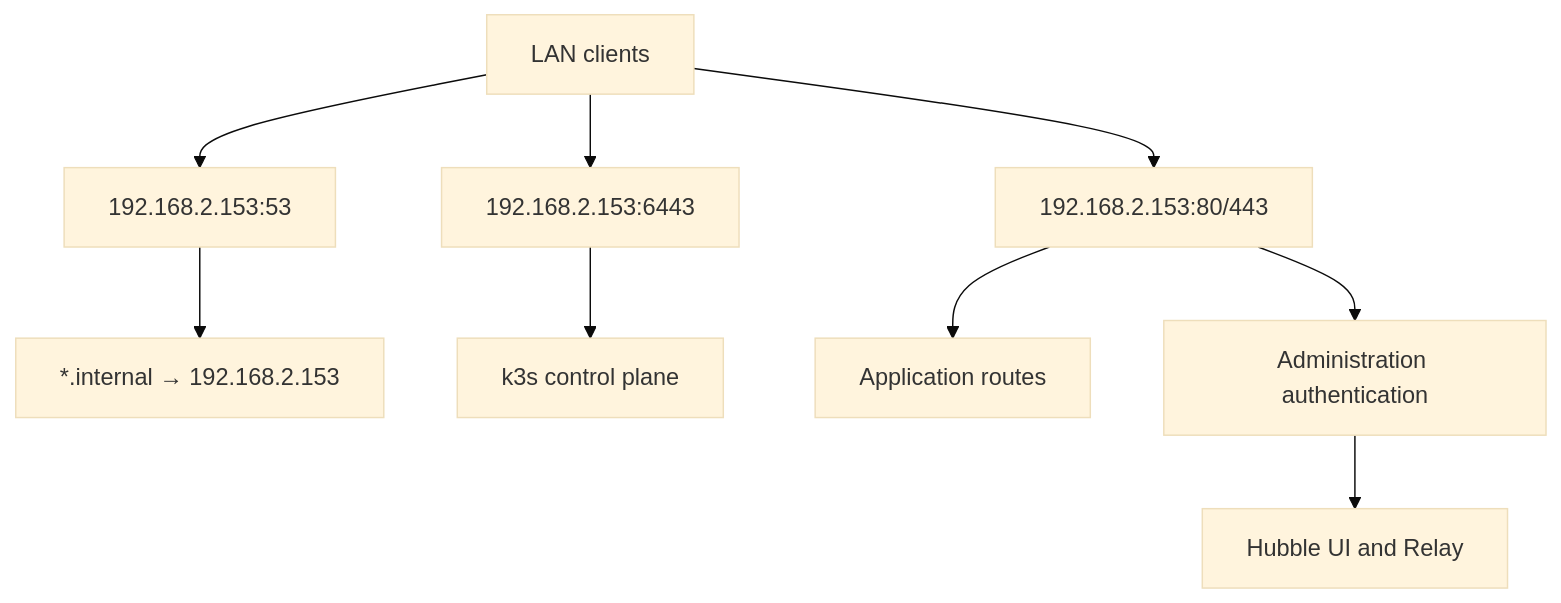
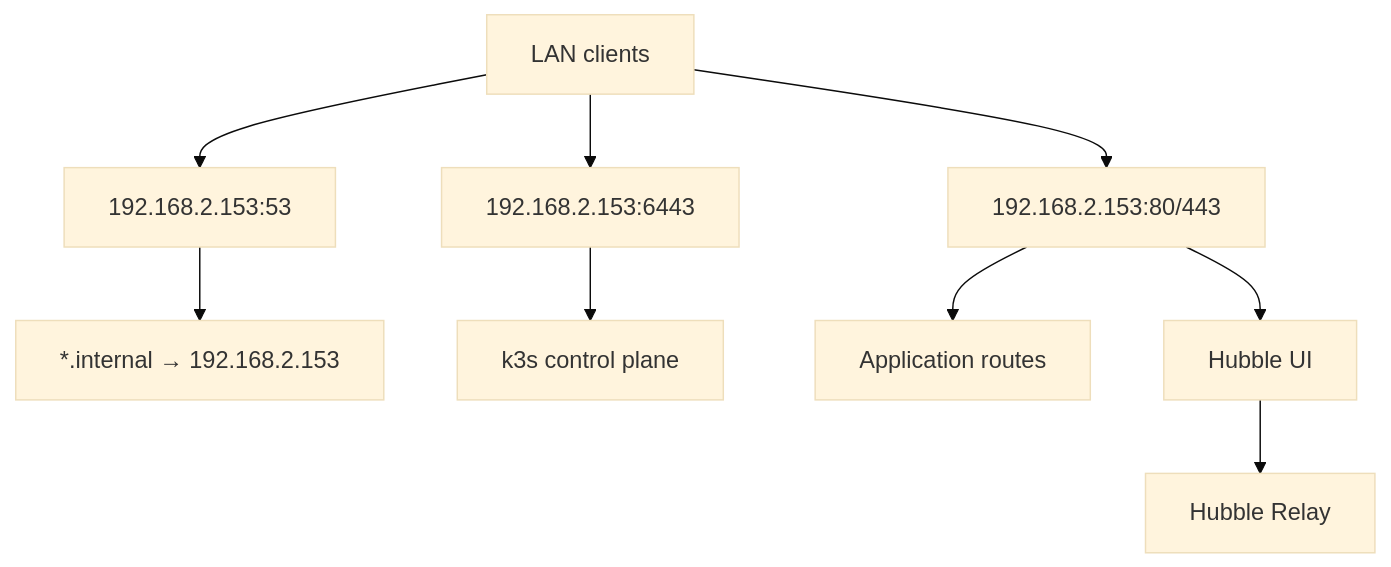
The diagram in docs/design.md (Sebastian-Nowaczyk-Elektrorecykling/minimum-k8s-net-elektro), drawn with Mermaid (base theme) before and after one commit. The commit also changed other lines of this file and 16 other files, not shown here.

First line of the commit message:
Expose Hubble during bootstrap and prepare its gateway route for SSO

````diff
--- a/docs/design.md
+++ b/docs/design.md
@@ -3,11 +3,11 @@
 ```mermaid
 flowchart TD
   LAN[LAN clients] --> DNS["192.168.2.153:53"]
   DNS --> Names["*.internal → 192.168.2.153"]
   LAN --> API["192.168.2.153:6443"]
   API --> K3s[k3s control plane]
   LAN --> Gateway["192.168.2.153:80/443"]
   Gateway --> Apps[Application routes]
-  Gateway --> Auth[Administration authentication]
-  Auth --> Hubble[Hubble UI and Relay]
+  Gateway --> Hubble[Hubble UI]
+  Hubble --> Relay[Hubble Relay]
 ```
````
